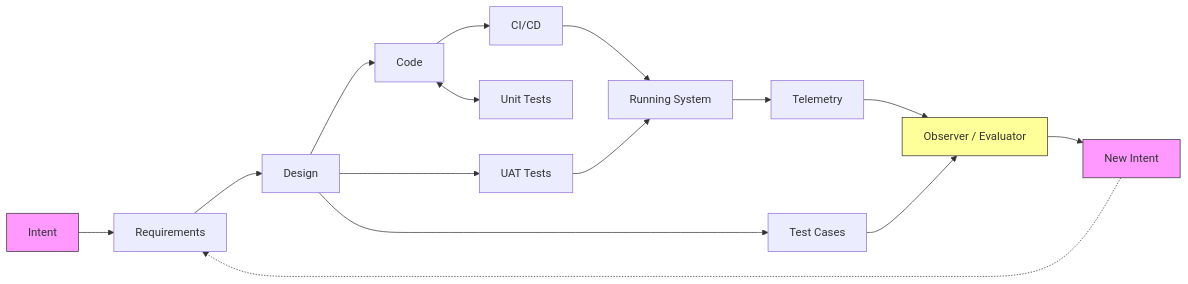
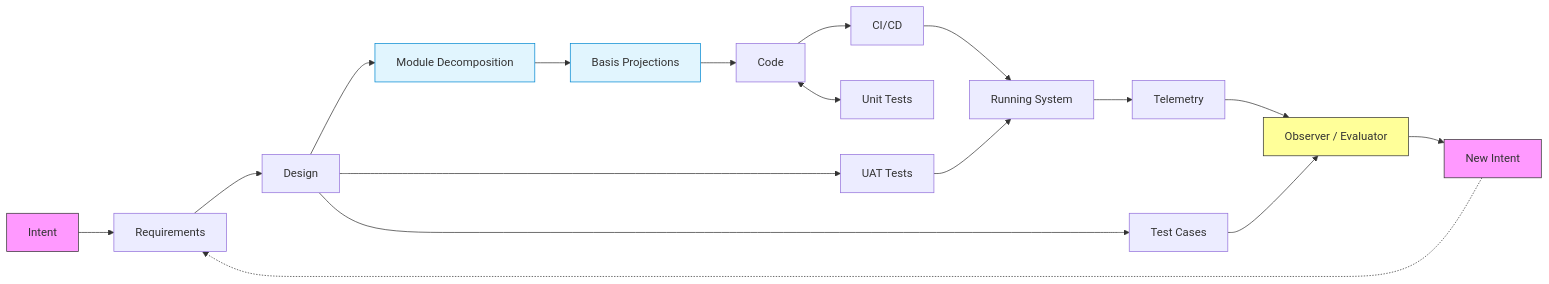
The first of 11 diagrams in docs/specification/AI_SDLC_ASSET_GRAPH_MODEL.md (foolishimp/ai_sdlc_method), drawn with Mermaid before and after one commit. The commit also changed other lines of this file and 7 other files, not shown here.

````diff
--- a/docs/specification/AI_SDLC_ASSET_GRAPH_MODEL.md
+++ b/docs/specification/AI_SDLC_ASSET_GRAPH_MODEL.md
@@ -58,21 +58,25 @@
 ```mermaid
 graph LR
     INT[Intent] --> REQ[Requirements]
     REQ --> DES[Design]
-    DES --> CODE[Code]
+    DES --> MOD[Module Decomposition]
+    MOD --> ST[Basis Projections]
+    ST --> CODE[Code]
     DES --> TC[Test Cases]
     DES --> UAT[UAT Tests]
     CODE <--> UT[Unit Tests]
     CODE --> CICD[CI/CD]
     CICD --> RUN[Running System]
     RUN --> TEL[Telemetry]
     TEL --> OBS[Observer / Evaluator]
     UAT --> RUN
     TC --> OBS
     OBS --> INT2[New Intent]
     INT2 -.-> REQ
 
     style INT fill:#f9f,stroke:#333
     style INT2 fill:#f9f,stroke:#333
     style OBS fill:#ff9,stroke:#333
+    style MOD fill:#e1f5fe,stroke:#0288d1
+    style ST fill:#e1f5fe,stroke:#0288d1
 ```
````
